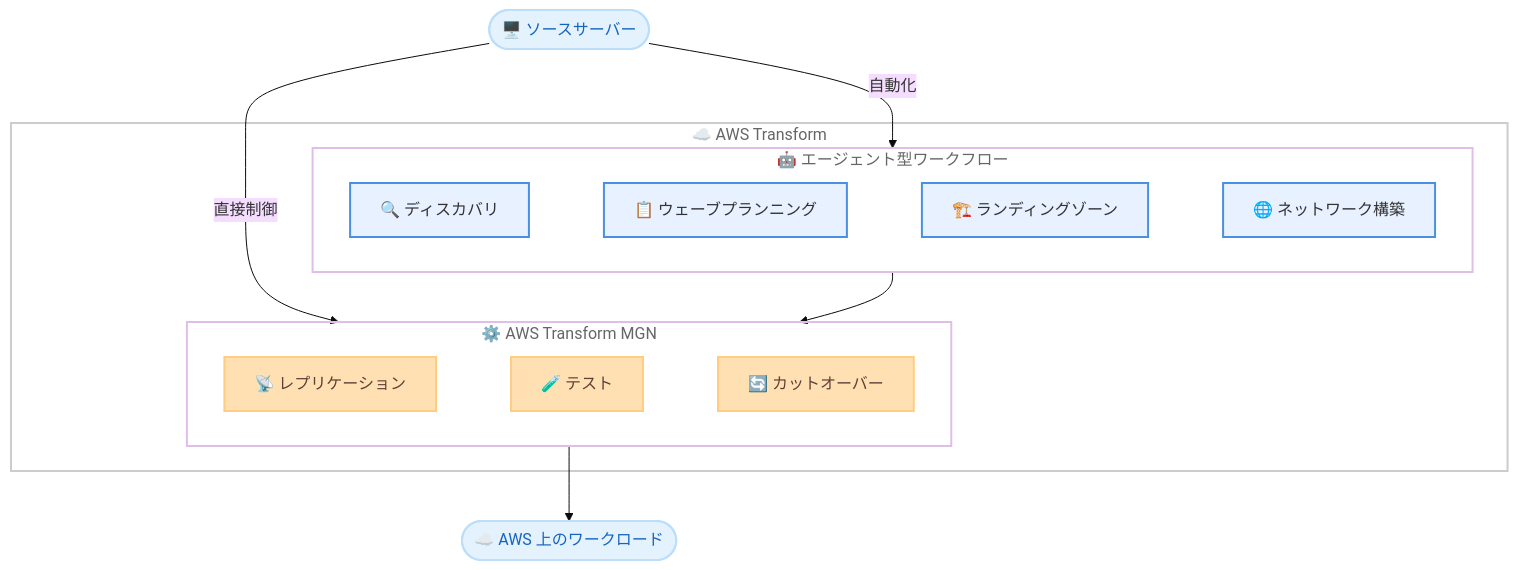
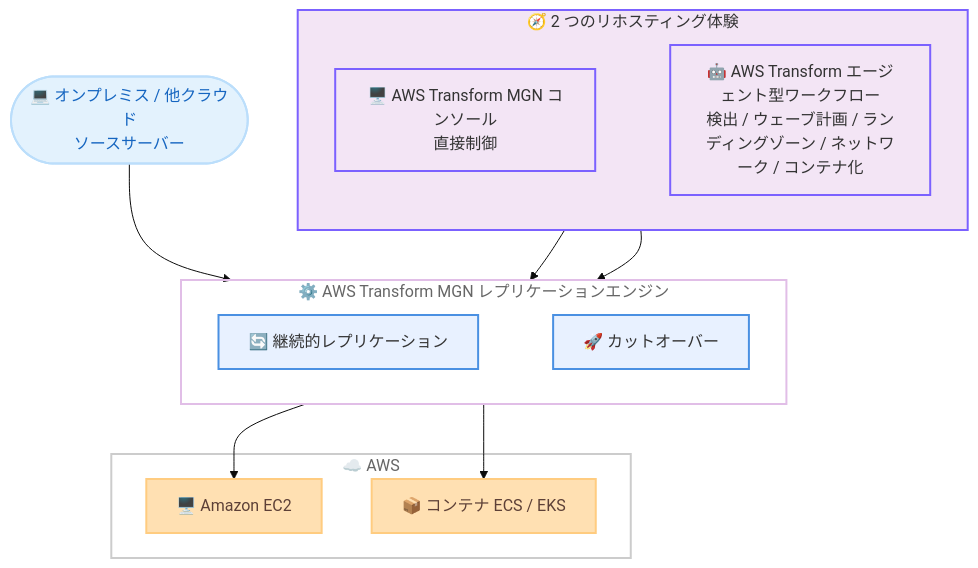
Before and after one commit to takech9203/aws-news-summary: the diagram in reports/2026/2026-06-08-aws-transform-mgn-rebrand.md, drawn with Mermaid (base theme). The commit also changed other lines of this file and 28 other files, not shown here.

````diff
--- a/reports/2026/2026-06-08-aws-transform-mgn-rebrand.md
+++ b/reports/2026/2026-06-08-aws-transform-mgn-rebrand.md
@@ -29,37 +36,44 @@
 ```mermaid
 flowchart TD
-    subgraph Transform["☁️ AWS Transform"]
-        subgraph Agent["🤖 エージェント型ワークフロー"]
-            direction LR
-            D["🔍 ディスカバリ"]
-            W["📋 ウェーブプランニング"]
-            L["🏗️ ランディングゾーン"]
-            N["🌐 ネットワーク構築"]
-            D ~~~ W ~~~ L ~~~ N
-        end
-        subgraph MGN["⚙️ AWS Transform MGN"]
-            direction LR
-            R["📡 レプリケーション"]
-            T["🧪 テスト"]
-            C["🔄 カットオーバー"]
-            R ~~~ T ~~~ C
-        end
+    Source(["💻 オンプレミス / 他クラウド<br/>ソースサーバー"])
+
+    subgraph Engine["⚙️ AWS Transform MGN レプリケーションエンジン"]
+        direction LR
+        Rep["🔄 継続的レプリケーション"]
+        Cut["🚀 カットオーバー"]
+        Rep ~~~ Cut
     end
 
-    Source(["🖥️ ソースサーバー"]) --> |"直接制御"| MGN
-    Source --> |"自動化"| Agent
-    Agent --> MGN
-    MGN --> Target(["☁️ AWS 上のワークロード"])
+    subgraph Experiences["🧭 2 つのリホスティング体験"]
+        direction LR
+        Console["🖥️ AWS Transform MGN コンソール<br/>直接制御"]
+        Agent["🤖 AWS Transform エージェント型ワークフロー<br/>検出 / ウェーブ計画 / ランディングゾーン / ネットワーク / コンテナ化"]
+        Console ~~~ Agent
+    end
 
-    classDef cloud fill:none,stroke:#CCCCCC,stroke-width:2px,color:#666666
-    classDef layer fill:none,stroke:#E1BEE7,stroke-width:2px,color:#666666
-    classDef compute fill:#FFE0B2,stroke:#FFCC80,stroke-width:2px,color:#5D4037
+    subgraph Target["☁️ AWS"]
+        EC2["🖥️ Amazon EC2"]
+        Container["📦 コンテナ ECS / EKS"]
+    end
+
+    Source --> Engine
+    Console --> Engine
+    Agent --> Engine
+    Engine --> EC2
+    Engine --> Container
+
     classDef user fill:#E3F2FD,stroke:#BBDEFB,stroke-width:2px,color:#1565C0
     classDef internal fill:#E8F1FF,stroke:#4A90E2,stroke-width:2px,color:#333333
+    classDef decision fill:#F3E5F5,stroke:#7B61FF,stroke-width:2px,color:#333333
+    classDef compute fill:#FFE0B2,stroke:#FFCC80,stroke-width:2px,color:#5D4037
+    classDef layer fill:none,stroke:#E1BEE7,stroke-width:2px,color:#666666
+    classDef cloud fill:none,stroke:#CCCCCC,stroke-width:2px,color:#666666
 
-    class Transform cloud
-    class Agent,MGN layer
-    class D,W,L,N internal
-    class R,T,C compute
-    class Source,Target user
+    class Source user
+    class Engine layer
+    class Experiences decision
+    class Target cloud
+    class Rep,Cut internal
+    class Console,Agent decision
+    class EC2,Container compute
 ```
````
